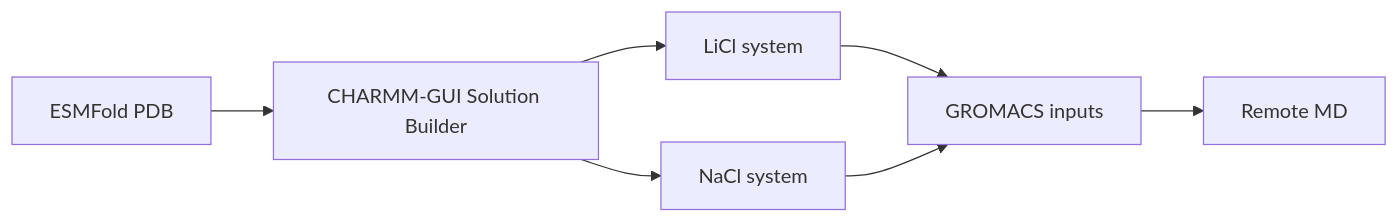
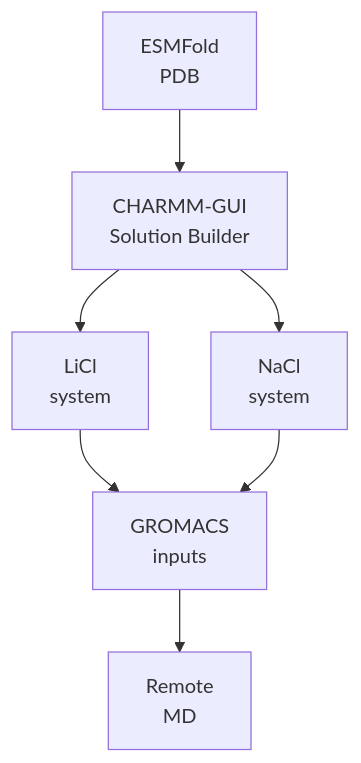
The diagram in 01_computational_discovery/charmm-gui/README.md (jackyissocute/LiSPER), drawn with Mermaid before and after one commit. The commit also changed 64 other files, not shown here.

````diff
--- a/01_computational_discovery/charmm-gui/README.md
+++ b/01_computational_discovery/charmm-gui/README.md
@@ -5,9 +5,19 @@
 ```mermaid
-flowchart LR
-    A["ESMFold PDB"] --> B["CHARMM-GUI Solution Builder"]
-    B --> C["LiCl system"]
-    B --> D["NaCl system"]
-    C --> E["GROMACS inputs"]
-    D --> E
-    E --> F["Remote MD"]
+flowchart TD
+    accTitle: CHARMM-GUI System Setup
+    accDescr: ESMFold peptide structures are prepared in CHARMM-GUI as parallel LiCl and NaCl GROMACS systems for remote molecular dynamics.
+
+    pdb["ESMFold<br/>PDB"]
+    builder["CHARMM-GUI<br/>Solution Builder"]
+    li_system["LiCl<br/>system"]
+    na_system["NaCl<br/>system"]
+    inputs["GROMACS<br/>inputs"]
+    remote_md["Remote<br/>MD"]
+
+    pdb --> builder
+    builder --> li_system
+    builder --> na_system
+    li_system --> inputs
+    na_system --> inputs
+    inputs --> remote_md
 ```
````
